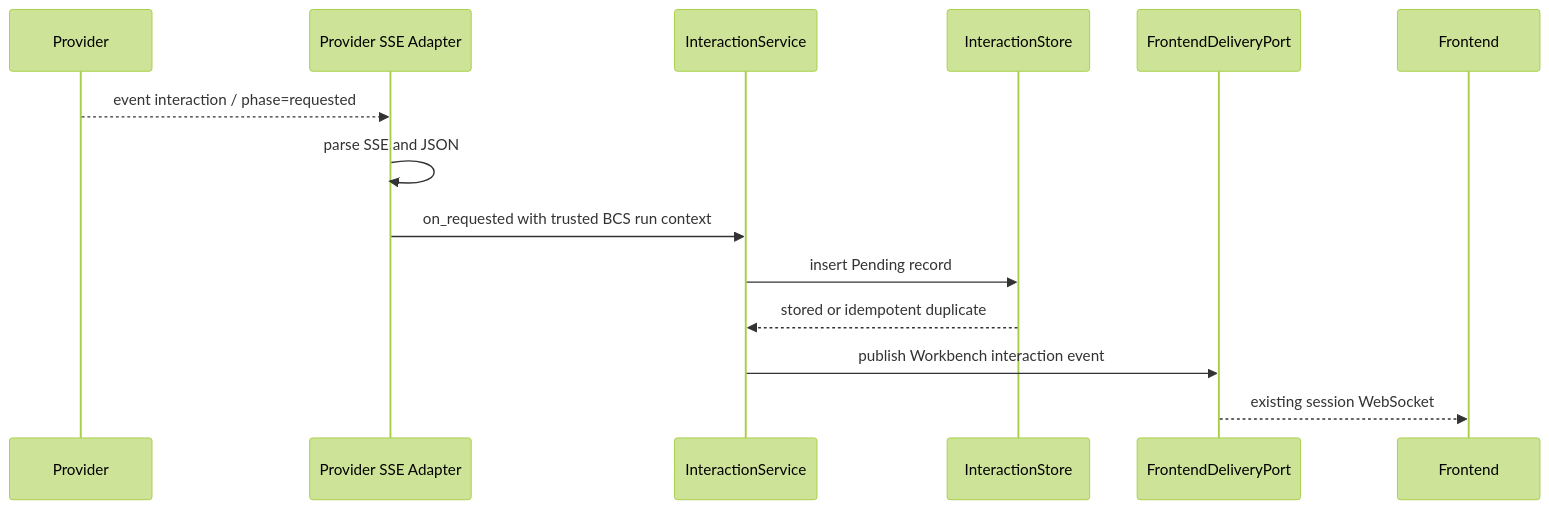
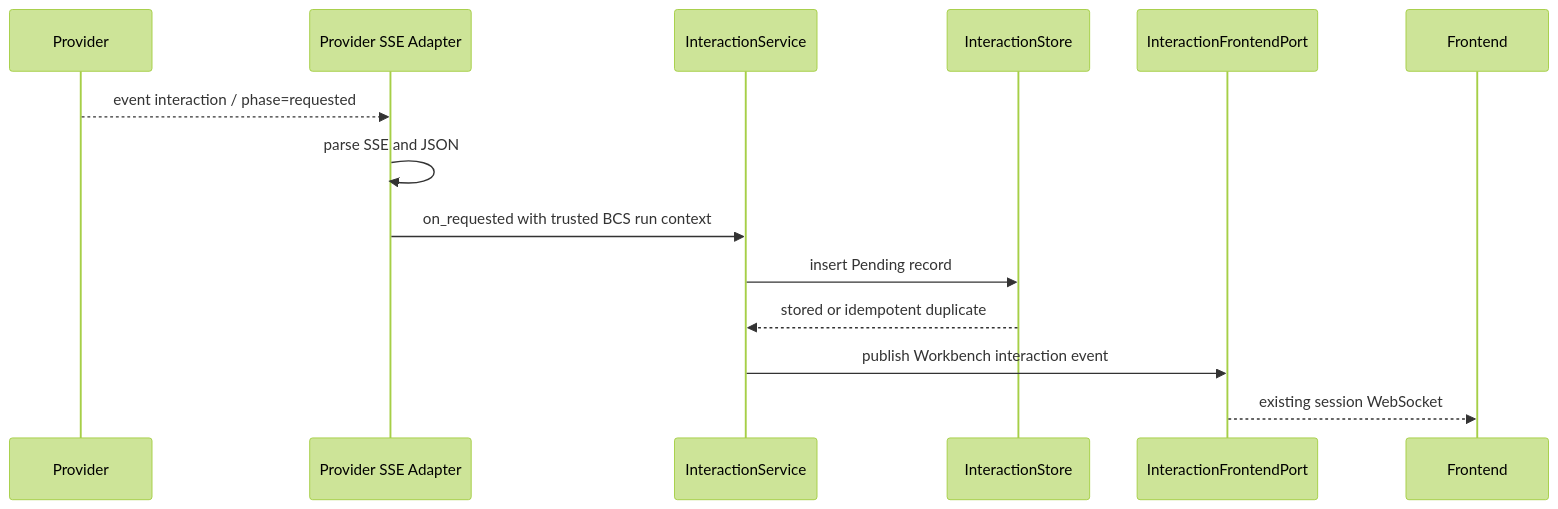
Before and after one commit to inclusionAI/Avernet: the third of 4 diagrams in src/bcs/docs/plans/2026-08-12-bcn-provider-sse-hitl-design.md, drawn with Mermaid (forest theme). The commit also changed other lines of this file and 43 other files, not shown here.

````diff
--- a/src/bcs/docs/plans/2026-08-12-bcn-provider-sse-hitl-design.md
+++ b/src/bcs/docs/plans/2026-08-12-bcn-provider-sse-hitl-design.md
@@ -257,17 +257,17 @@
 ```mermaid
 sequenceDiagram
     participant P as Provider
     participant SSE as Provider SSE Adapter
     participant IS as InteractionService
     participant ST as InteractionStore
-    participant FD as FrontendDeliveryPort
+    participant FD as InteractionFrontendPort
     participant FE as Frontend
 
     P-->>SSE: event interaction / phase=requested
     SSE->>SSE: parse SSE and JSON
     SSE->>IS: on_requested with trusted BCS run context
     IS->>ST: insert Pending record
     ST-->>IS: stored or idempotent duplicate
     IS->>FD: publish Workbench interaction event
     FD-->>FE: existing session WebSocket
 ```
````
